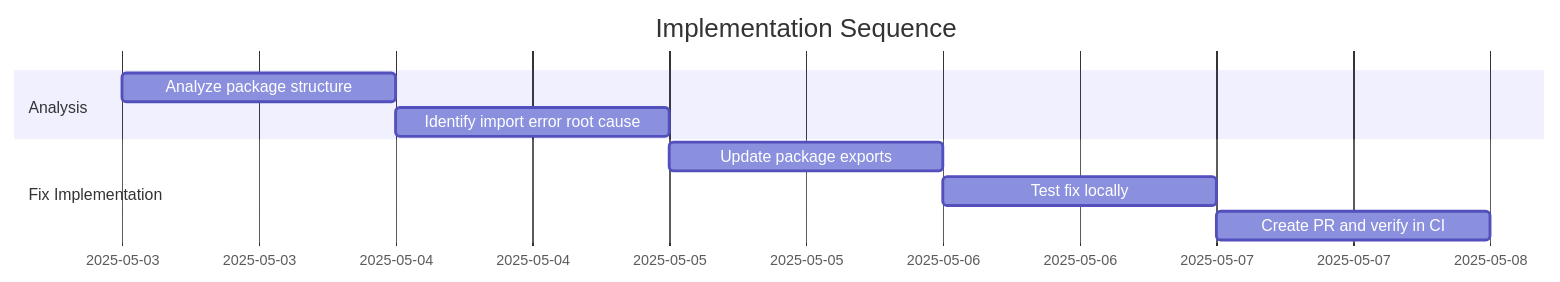
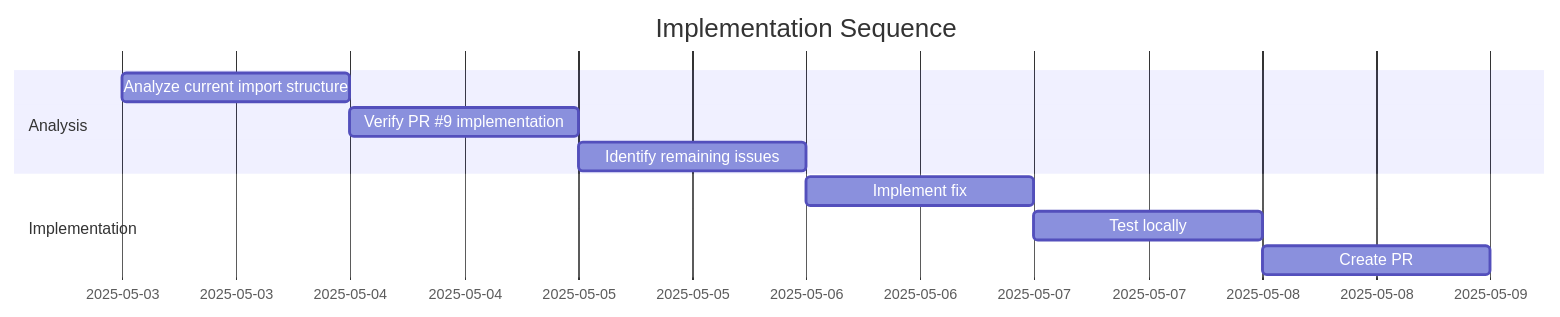
Before and after one commit to khive-ai/pydapter: the diagram in docs/plans/IP-2-import-fix.md, drawn with Mermaid. The commit also changed other lines of this file and 17 other files, not shown here.

````diff
--- a/docs/plans/IP-2-import-fix.md
+++ b/docs/plans/IP-2-import-fix.md
@@ -82,14 +109,15 @@
 ```mermaid
 gantt
     title Implementation Sequence
     dateFormat  YYYY-MM-DD
 
     section Analysis
-    Analyze package structure       :t1, 2025-05-03, 1d
-    Identify import error root cause:t2, after t1, 1d
+    Analyze current import structure       :t1, 2025-05-03, 1d
+    Verify PR #9 implementation            :t2, after t1, 1d
+    Identify remaining issues              :t3, after t2, 1d
 
-    section Fix Implementation
-    Update package exports          :t3, after t2, 1d
-    Test fix locally                :t4, after t3, 1d
-    Create PR and verify in CI      :t5, after t4, 1d
+    section Implementation
+    Implement fix                          :t4, after t3, 1d
+    Test locally                           :t5, after t4, 1d
+    Create PR                              :t6, after t5, 1d
 ```
````
